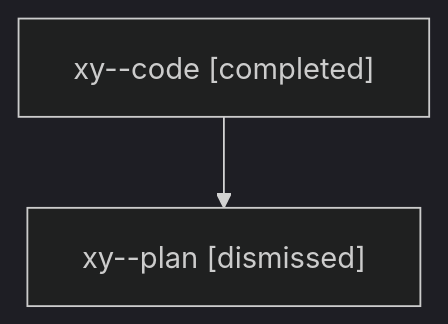
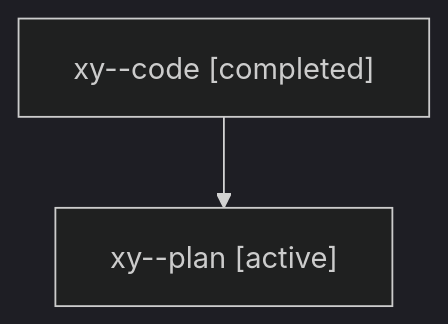
The diagram in families/bbugyi200.athena.xy.md (sase-org/sase--agents), drawn with Mermaid (dark theme) before and after one commit. The commit also changed other lines of this file and 35830 other files, not shown here.

````diff
--- a/families/bbugyi200.athena.xy.md
+++ b/families/bbugyi200.athena.xy.md
@@ -9,6 +9,6 @@
 ```mermaid
 flowchart TD
   n0["xy--code [completed]"]
-  n1["xy--plan [dismissed]"]
+  n1["xy--plan [active]"]
   n0 --> n1
 ```
````
